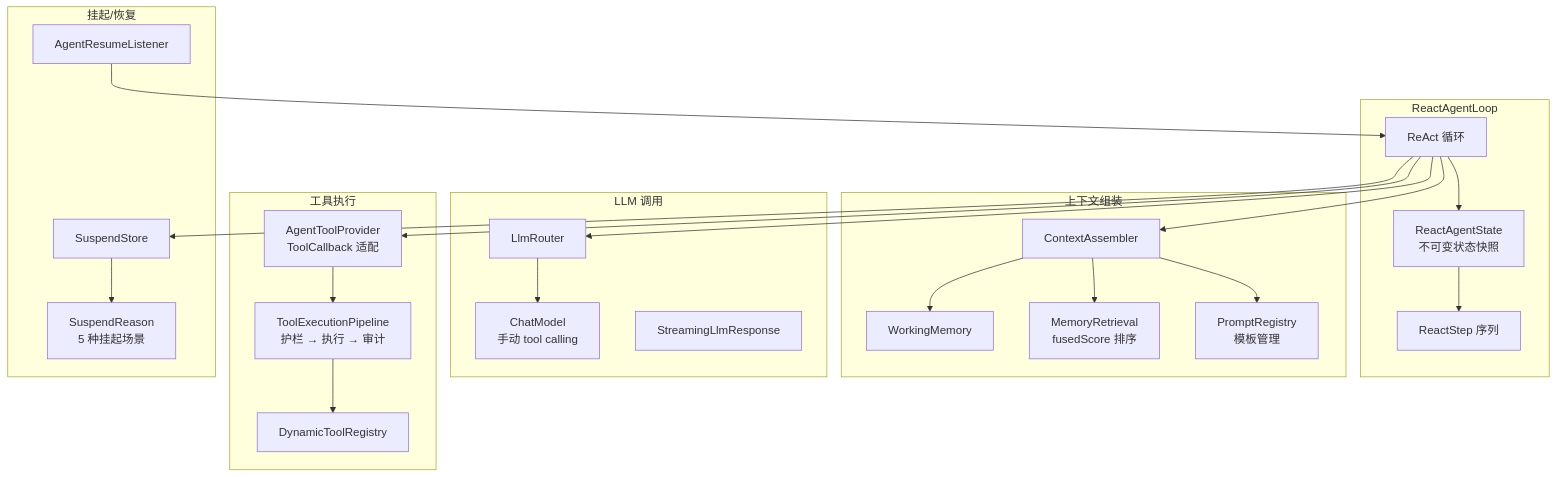
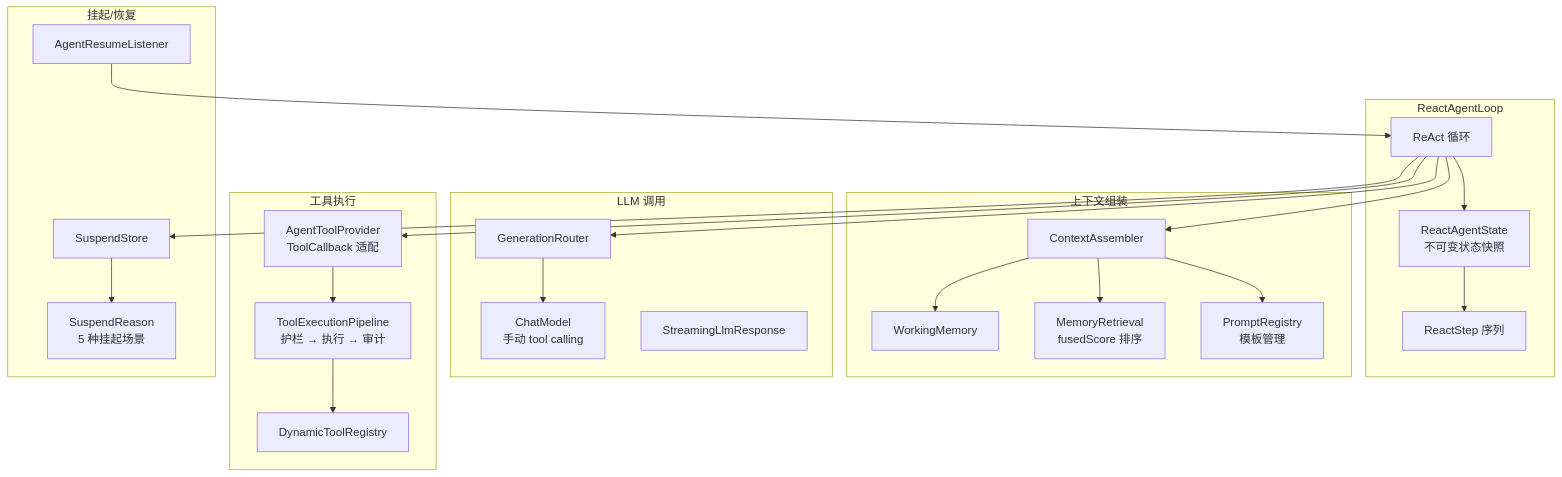
The fifth of 35 diagrams in ARCHITECTURE-DIAGRAMS.md (ntygod/LifePilot), drawn with Mermaid before and after one commit. The commit also changed other lines of this file and 46 other files, not shown here.

````diff
--- a/ARCHITECTURE-DIAGRAMS.md
+++ b/ARCHITECTURE-DIAGRAMS.md
@@ -274,52 +273,52 @@
 ```mermaid
 graph TB
     subgraph "ReactAgentLoop"
         Loop[ReAct 循环]
         State[ReactAgentState<br/>不可变状态快照]
         Steps[ReactStep 序列]
     end
 
     subgraph "上下文组装"
         Assembler[ContextAssembler]
         WM[WorkingMemory]
         Retrieval[MemoryRetrieval<br/>fusedScore 排序]
         PromptReg[PromptRegistry<br/>模板管理]
     end
 
     subgraph "LLM 调用"
-        Router[LlmRouter]
+        Router[GenerationRouter]
         ChatModel[ChatModel<br/>手动 tool calling]
         Streaming[StreamingLlmResponse]
     end
 
     subgraph "工具执行"
         ToolProvider[AgentToolProvider<br/>ToolCallback 适配]
         Pipeline[ToolExecutionPipeline<br/>护栏 → 执行 → 审计]
         Registry[DynamicToolRegistry]
     end
 
     subgraph "挂起/恢复"
         SuspendStore[SuspendStore]
         SuspendReason[SuspendReason<br/>5 种挂起场景]
         ResumeListener[AgentResumeListener]
     end
 
     Loop --> Assembler
     Assembler --> WM
     Assembler --> Retrieval
     Assembler --> PromptReg
 
     Loop --> Router
     Router --> ChatModel
 
     Loop --> ToolProvider
     ToolProvider --> Pipeline
     Pipeline --> Registry
 
     Loop --> State
     State --> Steps
 
     Loop --> SuspendStore
     SuspendStore --> SuspendReason
     ResumeListener --> Loop
 ```
````
